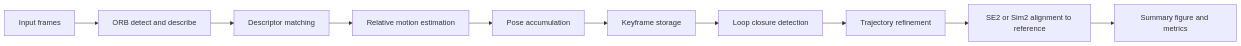
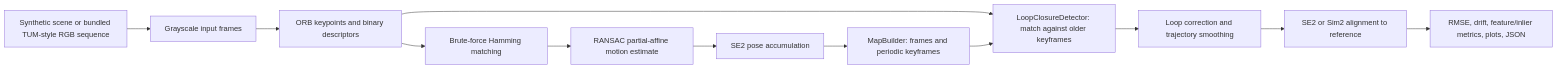
Before and after one commit to lakhanqurban/vslam: the diagram in README.md, drawn with Mermaid. The commit also changed other lines of this file, not shown here.

````diff
--- a/README.md
+++ b/README.md
@@ -25,12 +33,14 @@
 ```mermaid
 flowchart LR
-  A[Input frames] --> B[ORB detect and describe]
-  B --> C[Descriptor matching]
-  C --> D[Relative motion estimation]
-  D --> E[Pose accumulation]
-  E --> F[Keyframe storage]
-  F --> G[Loop closure detection]
-  G --> H[Trajectory refinement]
-  H --> I[SE2 or Sim2 alignment to reference]
-  I --> J[Summary figure and metrics]
+  A[Synthetic scene or bundled TUM-style RGB sequence] --> B[Grayscale input frames]
+  B --> C[ORB keypoints and binary descriptors]
+  C --> D[Brute-force Hamming matching]
+  D --> E[RANSAC partial-affine motion estimate]
+  E --> F[SE2 pose accumulation]
+  F --> G[MapBuilder: frames and periodic keyframes]
+  C --> H[LoopClosureDetector: match against older keyframes]
+  G --> H
+  H --> I[Loop correction and trajectory smoothing]
+  I --> J[SE2 or Sim2 alignment to reference]
+  J --> K[RMSE, drift, feature/inlier metrics, plots, JSON]
 ```
````
